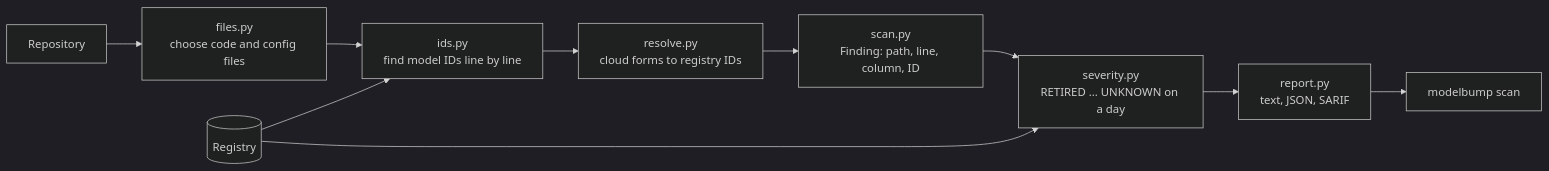
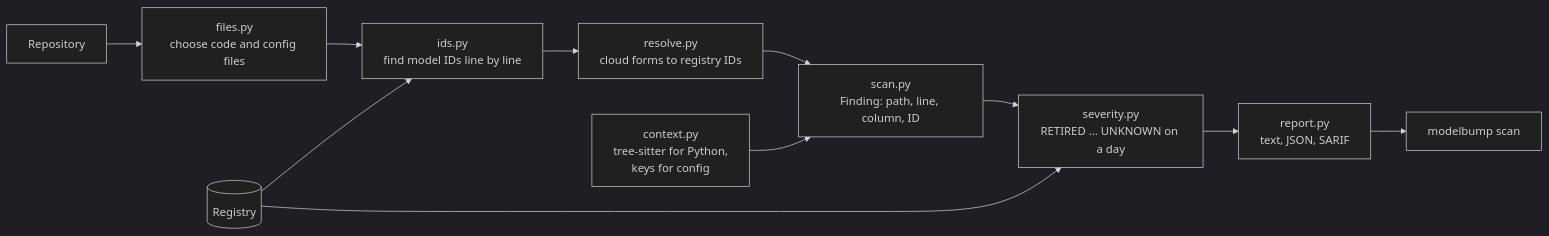
The diagram in docs/architecture/scanner.md (actions-marketplace-validations/imhammad_modelbump), drawn with Mermaid (dark theme) before and after one commit. The commit also changed other lines of this file and 14 other files, not shown here.

Commit message:
feat(scanner): context for each finding, with tree-sitter for Python (#44)

````diff
--- a/docs/architecture/scanner.md
+++ b/docs/architecture/scanner.md
@@ -7,12 +7,13 @@
 ```mermaid
 flowchart LR
     repo[Repository] --> files[files.py<br/>choose code and config files]
     files --> ids[ids.py<br/>find model IDs line by line]
     registry[(Registry)] --> ids
     ids --> resolve[resolve.py<br/>cloud forms to registry IDs]
     resolve --> scan[scan.py<br/>Finding: path, line, column, ID]
+    context[context.py<br/>tree-sitter for Python,<br/>keys for config] --> scan
     scan --> severity[severity.py<br/>RETIRED ... UNKNOWN on a day]
     registry --> severity
     severity --> report[report.py<br/>text, JSON, SARIF]
     report --> cli[modelbump scan]
 ```
````
